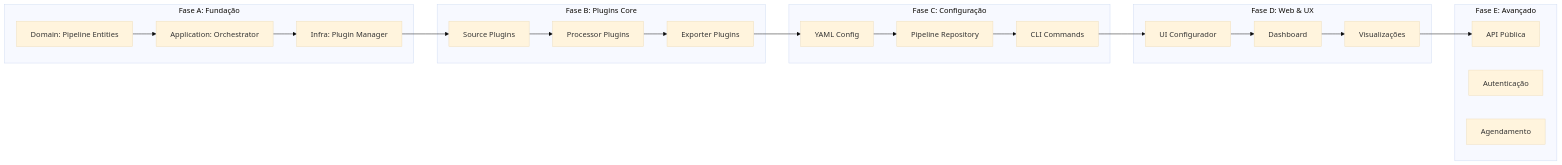
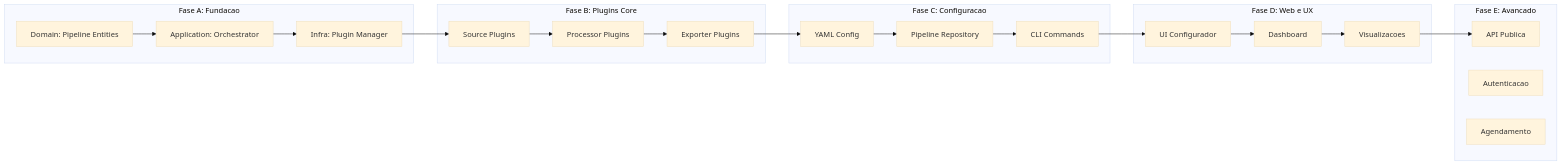
The diagram in docs/projeto/roadmap_arquitetural.md (rib-thiago/showtrials-tcc), drawn with Mermaid (base theme) before and after one commit. The commit also changed other lines of this file and 1 other file, not shown here.

First line of the commit message:
docs: sanear roadmap arquitetural amplo

````diff
--- a/docs/projeto/roadmap_arquitetural.md
+++ b/docs/projeto/roadmap_arquitetural.md
@@ -22,37 +30,37 @@
 ```mermaid
 graph LR
-    subgraph "Fase A: Fundação"
+    subgraph "Fase A: Fundacao"
         A1[Domain: Pipeline Entities]
         A2[Application: Orchestrator]
         A3[Infra: Plugin Manager]
     end
 
     subgraph "Fase B: Plugins Core"
         B1[Source Plugins]
         B2[Processor Plugins]
         B3[Exporter Plugins]
     end
 
-    subgraph "Fase C: Configuração"
+    subgraph "Fase C: Configuracao"
         C1[YAML Config]
         C2[Pipeline Repository]
         C3[CLI Commands]
     end
 
-    subgraph "Fase D: Web & UX"
+    subgraph "Fase D: Web e UX"
         D1[UI Configurador]
         D2[Dashboard]
-        D3[Visualizações]
+        D3[Visualizacoes]
     end
 
-    subgraph "Fase E: Avançado"
-        E1[API Pública]
-        E2[Autenticação]
+    subgraph "Fase E: Avancado"
+        E1[API Publica]
+        E2[Autenticacao]
         E3[Agendamento]
     end
 
     A1 --> A2 --> A3 --> B1
     B1 --> B2 --> B3 --> C1
     C1 --> C2 --> C3 --> D1
     D1 --> D2 --> D3 --> E1
 ```
````
